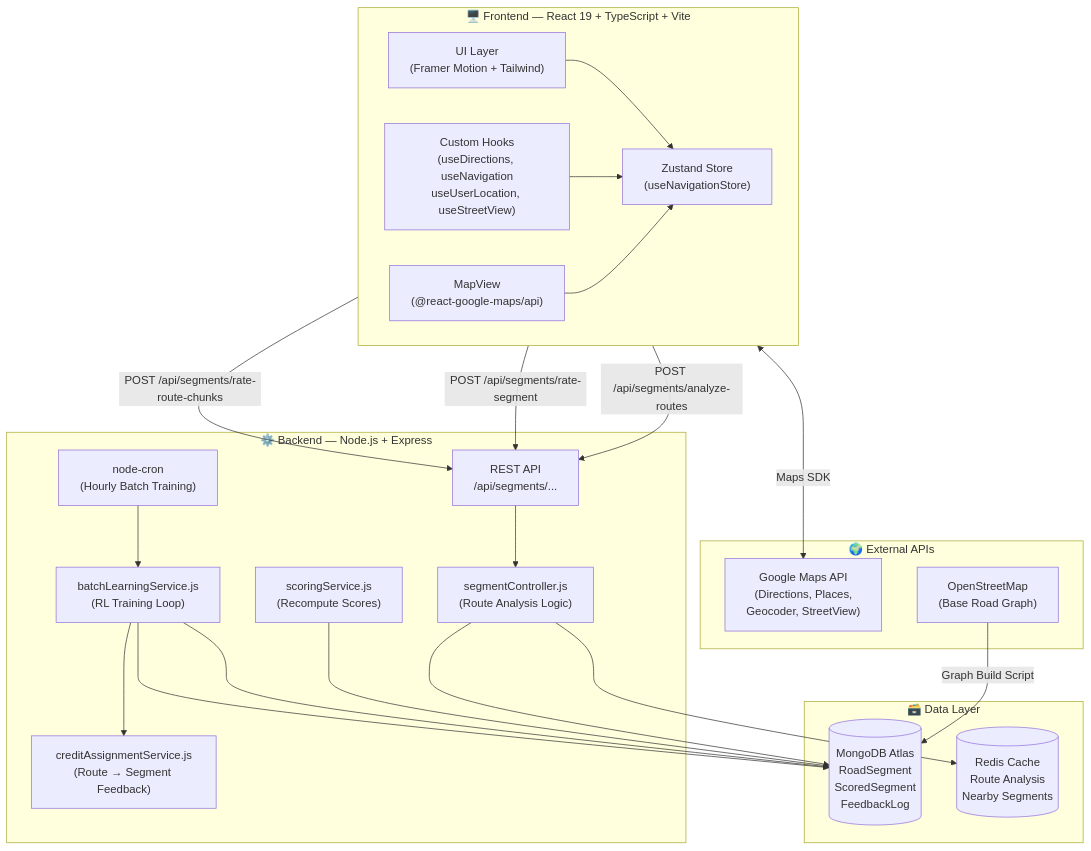
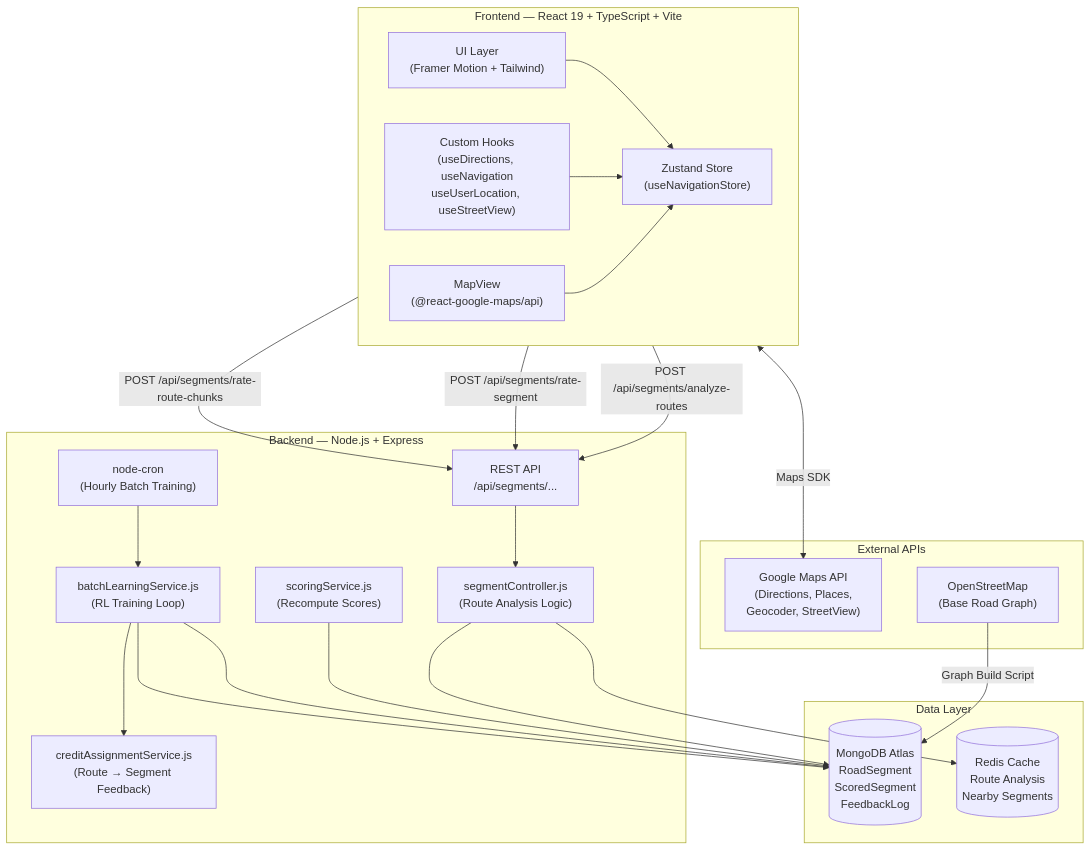
Before and after one commit to aprajita-99/Midnight-Maps: the first of 3 diagrams in README.md, drawn with Mermaid. The commit also changed other lines of this file, not shown here.

````diff
--- a/README.md
+++ b/README.md
@@ -267,46 +270,46 @@
 ```mermaid
 graph TB
-    subgraph CLIENT["🖥️ Frontend — React 19 + TypeScript + Vite"]
+    subgraph CLIENT[" Frontend — React 19 + TypeScript + Vite"]
         UI["UI Layer\n(Framer Motion + Tailwind)"]
         STORE["Zustand Store\n(useNavigationStore)"]
         HOOKS["Custom Hooks\n(useDirections, useNavigation\nuseUserLocation, useStreetView)"]
         MAP["MapView\n(@react-google-maps/api)"]
         
         UI --> STORE
         HOOKS --> STORE
         MAP --> STORE
     end
 
-    subgraph BACKEND["⚙️ Backend — Node.js + Express"]
+    subgraph BACKEND[" Backend — Node.js + Express"]
         API["REST API\n/api/segments/..."]
         CTRL["segmentController.js\n(Route Analysis Logic)"]
         SCORE["scoringService.js\n(Recompute Scores)"]
         BATCH["batchLearningService.js\n(RL Training Loop)"]
         CREDIT["creditAssignmentService.js\n(Route → Segment Feedback)"]
         CRON["node-cron\n(Hourly Batch Training)"]
     end
 
-    subgraph DATA["🗃️ Data Layer"]
+    subgraph DATA[" Data Layer"]
         MONGO[("MongoDB Atlas\nRoadSegment\nScoredSegment\nFeedbackLog")]
         REDIS[("Redis Cache\nRoute Analysis\nNearby Segments")]
     end
 
-    subgraph EXTERNAL["🌍 External APIs"]
+    subgraph EXTERNAL[" External APIs"]
         GMAPS["Google Maps API\n(Directions, Places,\nGeocoder, StreetView)"]
         OSM["OpenStreetMap\n(Base Road Graph)"]
     end
 
     CLIENT -->|"POST /api/segments/analyze-routes"| API
     CLIENT -->|"POST /api/segments/rate-segment"| API
     CLIENT -->|"POST /api/segments/rate-route-chunks"| API
     API --> CTRL
     CTRL --> MONGO
     CTRL --> REDIS
     SCORE --> MONGO
     CRON --> BATCH
     BATCH --> CREDIT
     BATCH --> MONGO
     BATCH --> MONGO
     CLIENT <-->|"Maps SDK"| GMAPS
     OSM -->|"Graph Build Script"| MONGO
 ```
````
